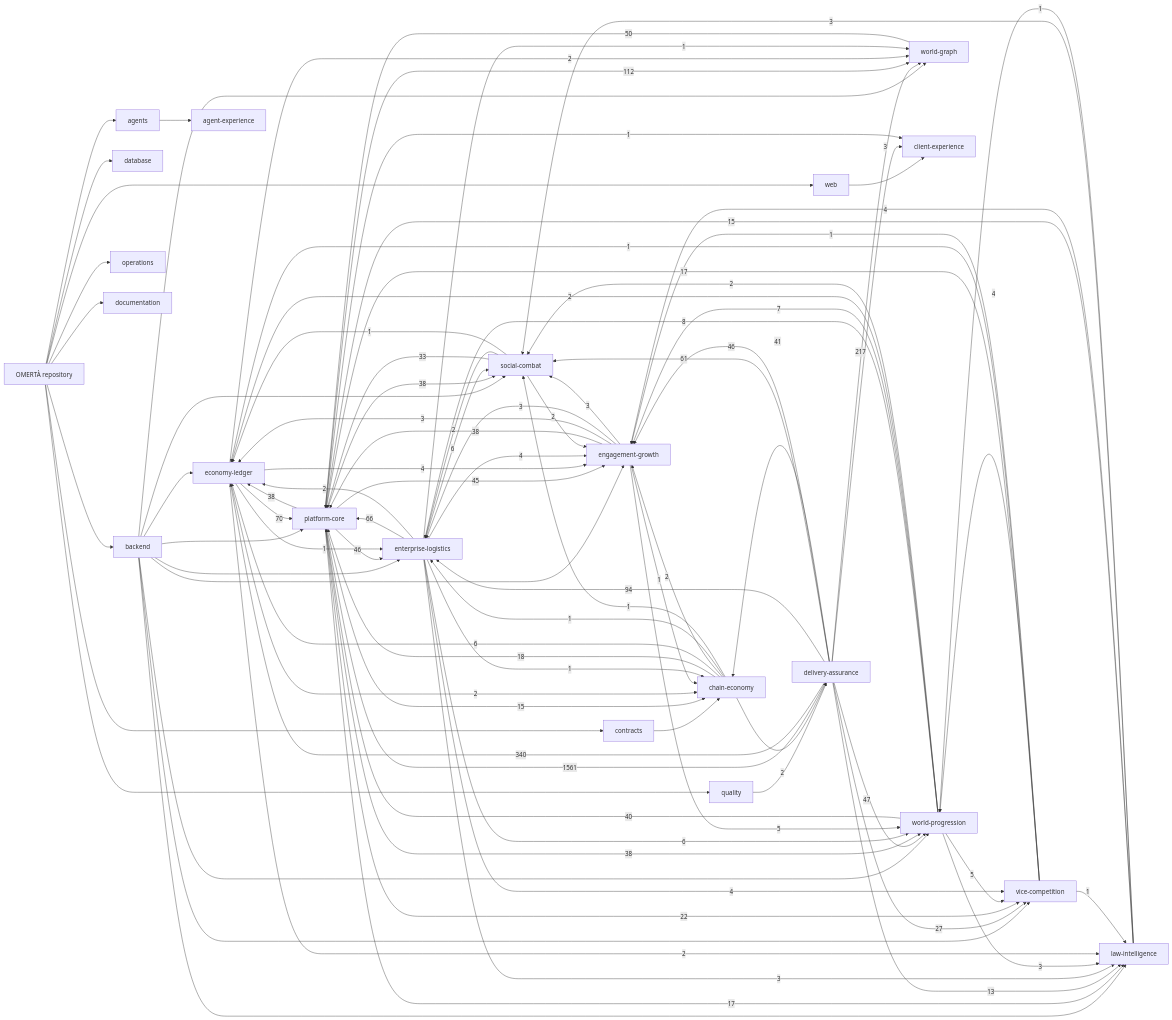
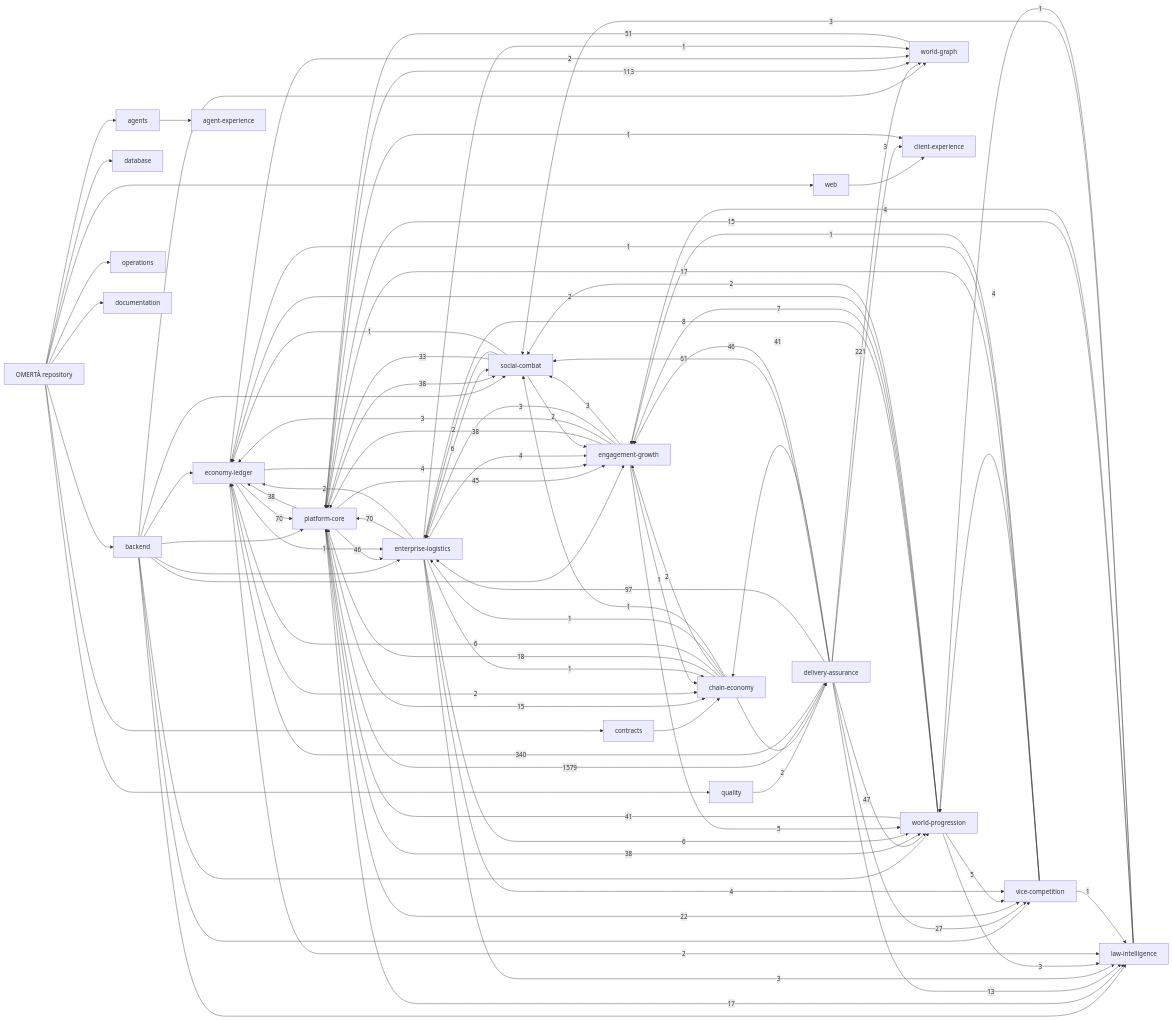
One commit to OmertaDev/Omerta changed the diagram in knowledge/generated/graph.mmd. Above: the diagram before and after it, drawn with Mermaid. The commit also changed 7 other files, not shown here.

```diff
--- a/knowledge/generated/graph.mmd
+++ b/knowledge/generated/graph.mmd
@@ -1,113 +1,113 @@
 flowchart LR
   repo["OMERTÀ repository"]
   sub_backend["backend"]
   repo --> sub_backend
   sub_database["database"]
   repo --> sub_database
   sub_web["web"]
   repo --> sub_web
   sub_contracts["contracts"]
   repo --> sub_contracts
   sub_agents["agents"]
   repo --> sub_agents
   sub_quality["quality"]
   repo --> sub_quality
   sub_operations["operations"]
   repo --> sub_operations
   sub_documentation["documentation"]
   repo --> sub_documentation
   dom_platform-core["platform-core"]
   dom_economy-ledger["economy-ledger"]
   dom_social-combat["social-combat"]
   dom_world-progression["world-progression"]
   dom_world-graph["world-graph"]
   dom_enterprise-logistics["enterprise-logistics"]
   dom_vice-competition["vice-competition"]
   dom_law-intelligence["law-intelligence"]
   dom_chain-economy["chain-economy"]
   dom_engagement-growth["engagement-growth"]
   dom_client-experience["client-experience"]
   dom_agent-experience["agent-experience"]
   dom_delivery-assurance["delivery-assurance"]
   sub_agents --> dom_agent-experience
   sub_backend --> dom_economy-ledger
   sub_backend --> dom_engagement-growth
   sub_backend --> dom_enterprise-logistics
   sub_backend --> dom_law-intelligence
   sub_backend --> dom_platform-core
   sub_backend --> dom_social-combat
   sub_backend --> dom_vice-competition
   sub_backend --> dom_world-graph
   sub_backend --> dom_world-progression
   sub_contracts --> dom_chain-economy
   sub_quality --> dom_delivery-assurance
   sub_web --> dom_client-experience
-  dom_delivery-assurance -->|1561| dom_platform-core
+  dom_delivery-assurance -->|1579| dom_platform-core
   dom_delivery-assurance -->|340| dom_economy-ledger
-  dom_delivery-assurance -->|217| dom_world-graph
-  dom_platform-core -->|112| dom_world-graph
-  dom_delivery-assurance -->|94| dom_enterprise-logistics
+  dom_delivery-assurance -->|221| dom_world-graph
+  dom_platform-core -->|113| dom_world-graph
+  dom_delivery-assurance -->|97| dom_enterprise-logistics
   dom_economy-ledger -->|70| dom_platform-core
-  dom_enterprise-logistics -->|66| dom_platform-core
+  dom_enterprise-logistics -->|70| dom_platform-core
   dom_delivery-assurance -->|61| dom_social-combat
-  dom_world-graph -->|50| dom_platform-core
+  dom_world-graph -->|51| dom_platform-core
   dom_delivery-assurance -->|47| dom_world-progression
   dom_delivery-assurance -->|46| dom_engagement-growth
   dom_platform-core -->|46| dom_enterprise-logistics
   dom_platform-core -->|45| dom_engagement-growth
   dom_delivery-assurance -->|41| dom_chain-economy
-  dom_world-progression -->|40| dom_platform-core
+  dom_world-progression -->|41| dom_platform-core
   dom_engagement-growth -->|38| dom_platform-core
   dom_platform-core -->|38| dom_economy-ledger
   dom_platform-core -->|38| dom_social-combat
   dom_platform-core -->|38| dom_world-progression
   dom_social-combat -->|33| dom_platform-core
   dom_delivery-assurance -->|27| dom_vice-competition
   dom_platform-core -->|22| dom_vice-competition
   dom_chain-economy -->|18| dom_platform-core
   dom_platform-core -->|17| dom_law-intelligence
   dom_vice-competition -->|17| dom_platform-core
   dom_law-intelligence -->|15| dom_platform-core
   dom_platform-core -->|15| dom_chain-economy
   dom_delivery-assurance -->|13| dom_law-intelligence
   dom_world-progression -->|8| dom_enterprise-logistics
   dom_world-progression -->|7| dom_engagement-growth
   dom_chain-economy -->|6| dom_economy-ledger
   dom_enterprise-logistics -->|6| dom_social-combat
   dom_enterprise-logistics -->|6| dom_world-progression
   dom_engagement-growth -->|5| dom_world-progression
   dom_world-progression -->|5| dom_vice-competition
   dom_economy-ledger -->|4| dom_engagement-growth
   dom_enterprise-logistics -->|4| dom_engagement-growth
   dom_enterprise-logistics -->|4| dom_vice-competition
   dom_law-intelligence -->|4| dom_engagement-growth
   dom_vice-competition -->|4| dom_world-progression
   dom_delivery-assurance -->|3| dom_client-experience
   dom_engagement-growth -->|3| dom_economy-ledger
   dom_engagement-growth -->|3| dom_enterprise-logistics
   dom_engagement-growth -->|3| dom_social-combat
   dom_enterprise-logistics -->|3| dom_law-intelligence
   dom_law-intelligence -->|3| dom_social-combat
   dom_world-progression -->|3| dom_law-intelligence
   dom_chain-economy -->|2| dom_delivery-assurance
   dom_chain-economy -->|2| dom_engagement-growth
   dom_economy-ledger -->|2| dom_chain-economy
   dom_economy-ledger -->|2| dom_law-intelligence
   dom_economy-ledger -->|2| dom_world-graph
   dom_enterprise-logistics -->|2| dom_economy-ledger
   dom_social-combat -->|2| dom_engagement-growth
   dom_social-combat -->|2| dom_enterprise-logistics
   dom_world-progression -->|2| dom_economy-ledger
   dom_world-progression -->|2| dom_social-combat
   dom_chain-economy -->|1| dom_enterprise-logistics
   dom_chain-economy -->|1| dom_social-combat
   dom_economy-ledger -->|1| dom_enterprise-logistics
   dom_engagement-growth -->|1| dom_chain-economy
   dom_enterprise-logistics -->|1| dom_chain-economy
   dom_enterprise-logistics -->|1| dom_world-graph
   dom_law-intelligence -->|1| dom_world-progression
   dom_platform-core -->|1| dom_client-experience
   dom_social-combat -->|1| dom_economy-ledger
   dom_vice-competition -->|1| dom_economy-ledger
   dom_vice-competition -->|1| dom_engagement-growth
   dom_vice-competition -->|1| dom_law-intelligence
```
